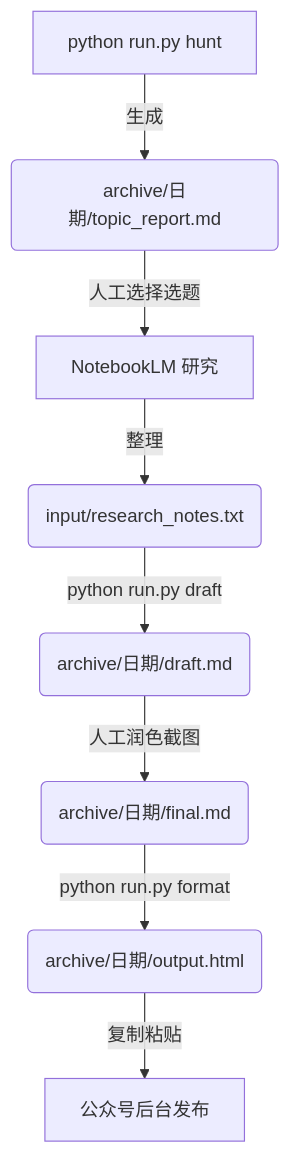
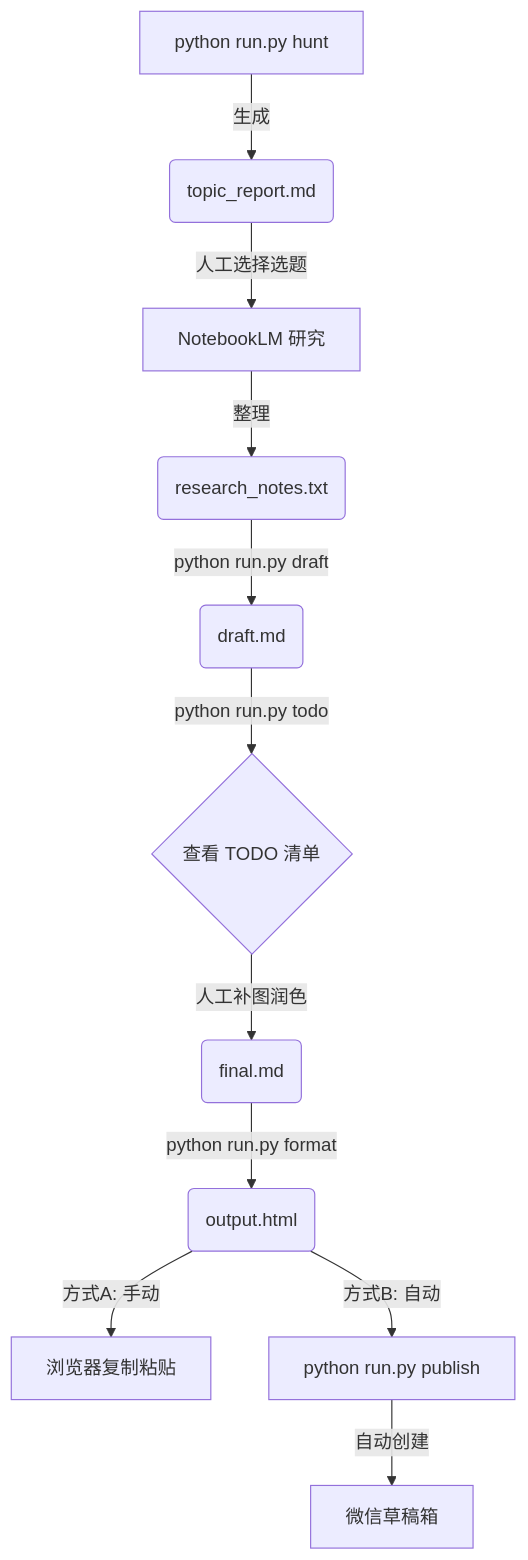
The diagram in README.md (Wzh2learn/wx_articles), drawn with Mermaid before and after one commit. The commit also changed other lines of this file and 10 other files, not shown here.

````diff
--- a/README.md
+++ b/README.md
@@ -97,10 +126,13 @@
 ```mermaid
 graph TD
-    A[python run.py hunt] -->|生成| B(archive/日期/topic_report.md)
+    A[python run.py hunt] -->|生成| B(topic_report.md)
     B -->|人工选择选题| C[NotebookLM 研究]
-    C -->|整理| D(input/research_notes.txt)
-    D -->|python run.py draft| E(archive/日期/draft.md)
-    E -->|人工润色截图| F(archive/日期/final.md)
-    F -->|python run.py format| G(archive/日期/output.html)
-    G -->|复制粘贴| H[公众号后台发布]
+    C -->|整理| D(research_notes.txt)
+    D -->|python run.py draft| E(draft.md)
+    E -->|python run.py todo| F{查看 TODO 清单}
+    F -->|人工补图润色| G(final.md)
+    G -->|python run.py format| H(output.html)
+    H -->|方式A: 手动| I[浏览器复制粘贴]
+    H -->|方式B: 自动| J[python run.py publish]
+    J -->|自动创建| K[微信草稿箱]
 ```
````
